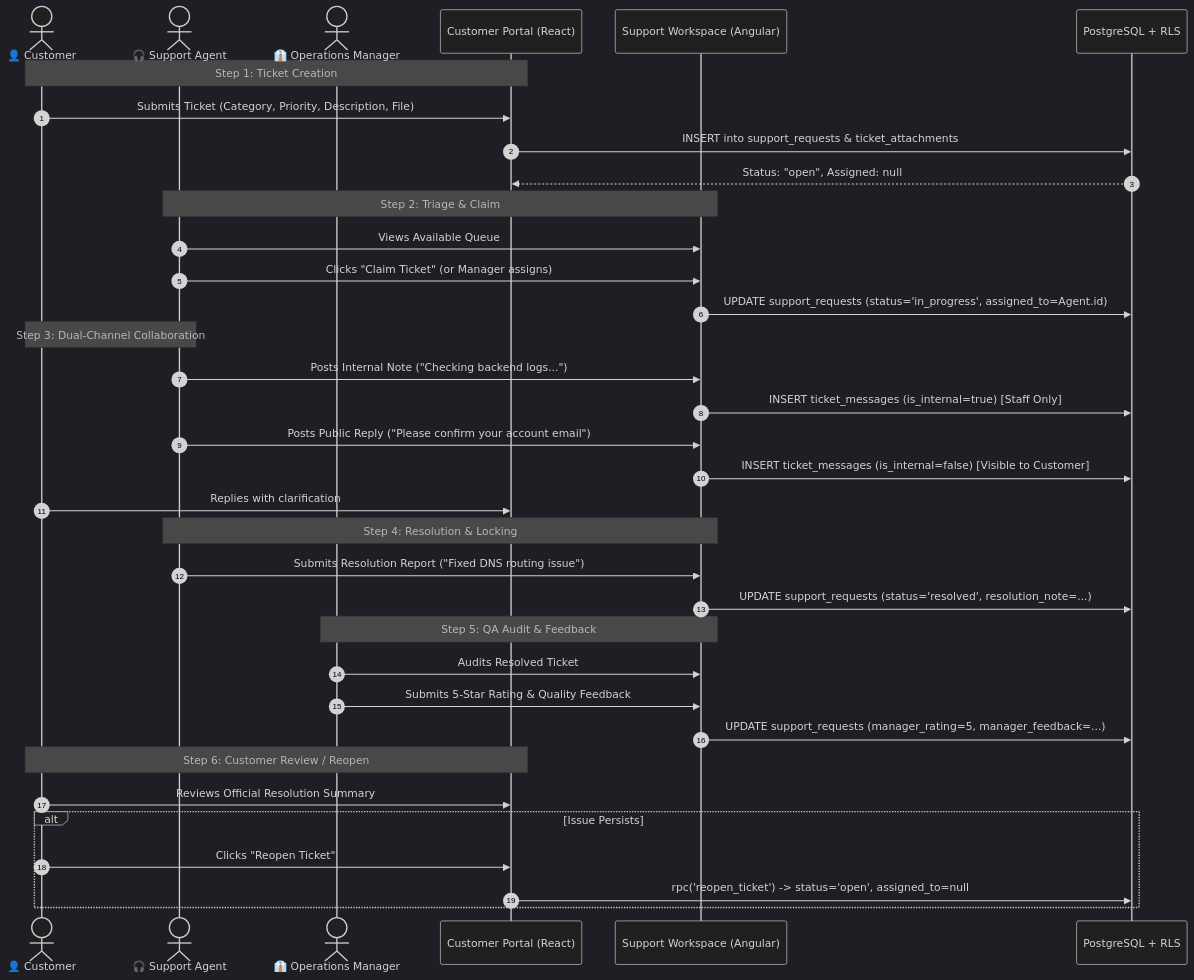
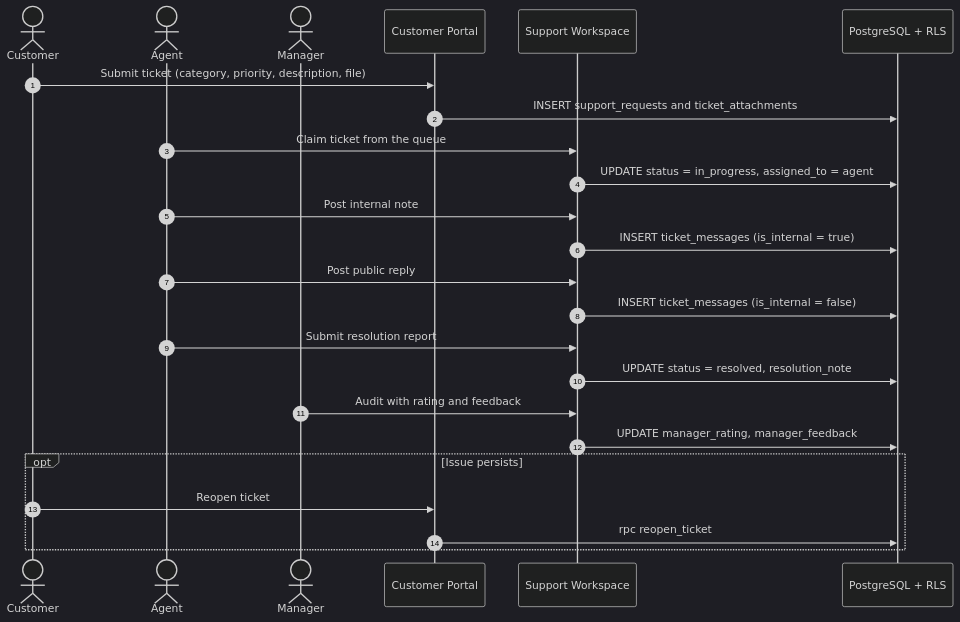
One commit to zyadmoataz/Customer-Support-Operations-Platform changed the second of 3 diagrams in README.md. Above: the diagram before and after it, drawn with Mermaid (dark theme). The commit also changed other lines of this file, not shown here.

````diff
--- a/README.md
+++ b/README.md
@@ -193,43 +102,27 @@
 ```mermaid
 sequenceDiagram
     autonumber
-    actor Customer as 👤 Customer
-    actor Agent as 🎧 Support Agent
-    actor Manager as 👔 Operations Manager
-    participant CP as Customer Portal (React)
-    participant SW as Support Workspace (Angular)
+    actor Customer
+    actor Agent
+    actor Manager
+    participant CP as Customer Portal
+    participant SW as Support Workspace
     participant DB as PostgreSQL + RLS
 
-    Note over Customer,CP: Step 1: Ticket Creation
-    Customer->>CP: Submits Ticket (Category, Priority, Description, File)
-    CP->>DB: INSERT into support_requests & ticket_attachments
-    DB-->>CP: Status: "open", Assigned: null
-
-    Note over Agent,SW: Step 2: Triage & Claim
-    Agent->>SW: Views Available Queue
-    Agent->>SW: Clicks "Claim Ticket" (or Manager assigns)
-    SW->>DB: UPDATE support_requests (status='in_progress', assigned_to=Agent.id)
-
-    Note over Customer,Agent: Step 3: Dual-Channel Collaboration
-    Agent->>SW: Posts Internal Note ("Checking backend logs...")
-    SW->>DB: INSERT ticket_messages (is_internal=true) [Staff Only]
-    Agent->>SW: Posts Public Reply ("Please confirm your account email")
-    SW->>DB: INSERT ticket_messages (is_internal=false) [Visible to Customer]
-    Customer->>CP: Replies with clarification
-
-    Note over Agent,SW: Step 4: Resolution & Locking
-    Agent->>SW: Submits Resolution Report ("Fixed DNS routing issue")
-    SW->>DB: UPDATE support_requests (status='resolved', resolution_note=...)
-
-    Note over Manager,SW: Step 5: QA Audit & Feedback
-    Manager->>SW: Audits Resolved Ticket
-    Manager->>SW: Submits 5-Star Rating & Quality Feedback
-    SW->>DB: UPDATE support_requests (manager_rating=5, manager_feedback=...)
-
-    Note over Customer,CP: Step 6: Customer Review / Reopen
-    Customer->>CP: Reviews Official Resolution Summary
-    alt Issue Persists
-        Customer->>CP: Clicks "Reopen Ticket"
-        CP->>DB: rpc('reopen_ticket') -> status='open', assigned_to=null
+    Customer->>CP: Submit ticket (category, priority, description, file)
+    CP->>DB: INSERT support_requests and ticket_attachments
+    Agent->>SW: Claim ticket from the queue
+    SW->>DB: UPDATE status = in_progress, assigned_to = agent
+    Agent->>SW: Post internal note
+    SW->>DB: INSERT ticket_messages (is_internal = true)
+    Agent->>SW: Post public reply
+    SW->>DB: INSERT ticket_messages (is_internal = false)
+    Agent->>SW: Submit resolution report
+    SW->>DB: UPDATE status = resolved, resolution_note
+    Manager->>SW: Audit with rating and feedback
+    SW->>DB: UPDATE manager_rating, manager_feedback
+    opt Issue persists
+        Customer->>CP: Reopen ticket
+        CP->>DB: rpc reopen_ticket
     end
 ```
````
